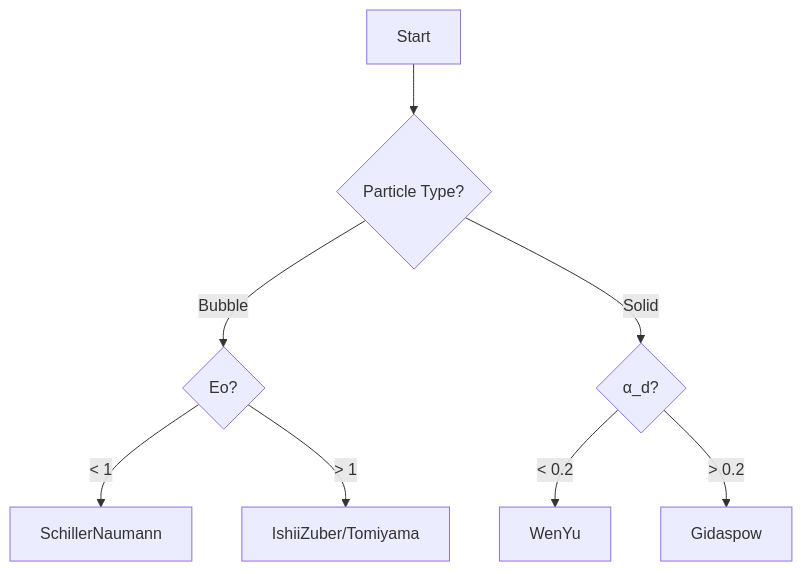
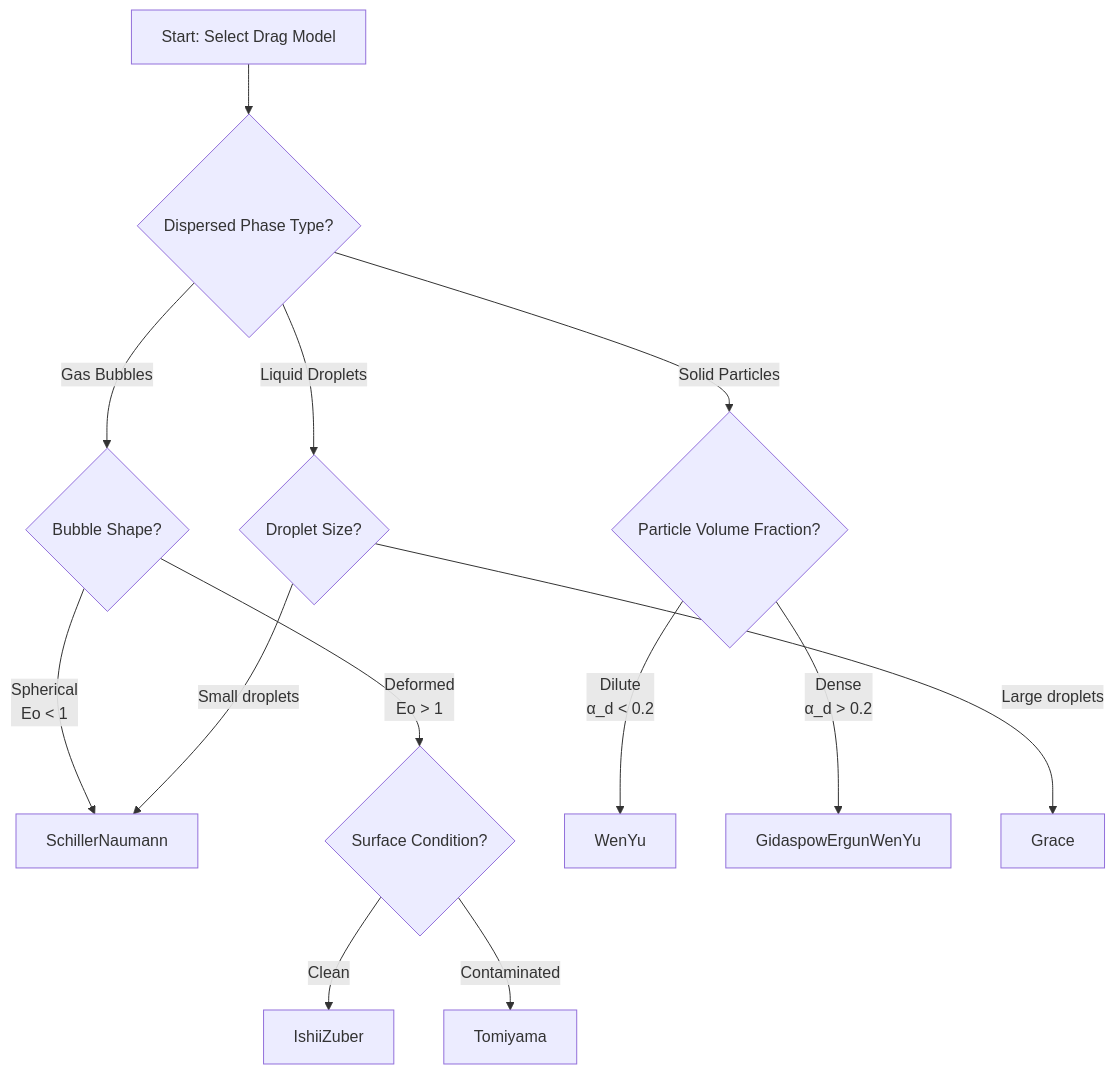
The second of 2 diagrams in MODULE_04_MULTIPHASE_FUNDAMENTALS/CONTENT/04_INTERPHASE_FORCES/01_DRAG/00_Overview.md (wramet/build-my-cfd), drawn with Mermaid before and after one commit. The commit also changed other lines of this file and 75 other files, not shown here.

````diff
--- a/MODULE_04_MULTIPHASE_FUNDAMENTALS/CONTENT/04_INTERPHASE_FORCES/01_DRAG/00_Overview.md
+++ b/MODULE_04_MULTIPHASE_FUNDAMENTALS/CONTENT/04_INTERPHASE_FORCES/01_DRAG/00_Overview.md
@@ -61,10 +57,18 @@
 ```mermaid
 flowchart TD
-    A[Start] --> B{Particle Type?}
-    B -->|Bubble| C{Eo?}
-    B -->|Solid| D{α_d?}
-    C -->|< 1| E[SchillerNaumann]
-    C -->|> 1| F[IshiiZuber/Tomiyama]
-    D -->|< 0.2| G[WenYu]
-    D -->|> 0.2| H[Gidaspow]
+    A[Start: Select Drag Model] --> B{Dispersed Phase Type?}
+    B -->|Gas Bubbles| C{Bubble Shape?}
+    B -->|Solid Particles| D{Particle Volume Fraction?}
+    B -->|Liquid Droplets| E{Droplet Size?}
+    
+    C -->|Spherical<br/>Eo < 1| F[SchillerNaumann]
+    C -->|Deformed<br/>Eo > 1| G{Surface Condition?}
+    G -->|Clean| H[IshiiZuber]
+    G -->|Contaminated| I[Tomiyama]
+    
+    D -->|Dilute<br/>α_d < 0.2| J[WenYu]
+    D -->|Dense<br/>α_d > 0.2| K[GidaspowErgunWenYu]
+    
+    E -->|Small droplets| F
+    E -->|Large droplets| L[Grace]
 ```
````
